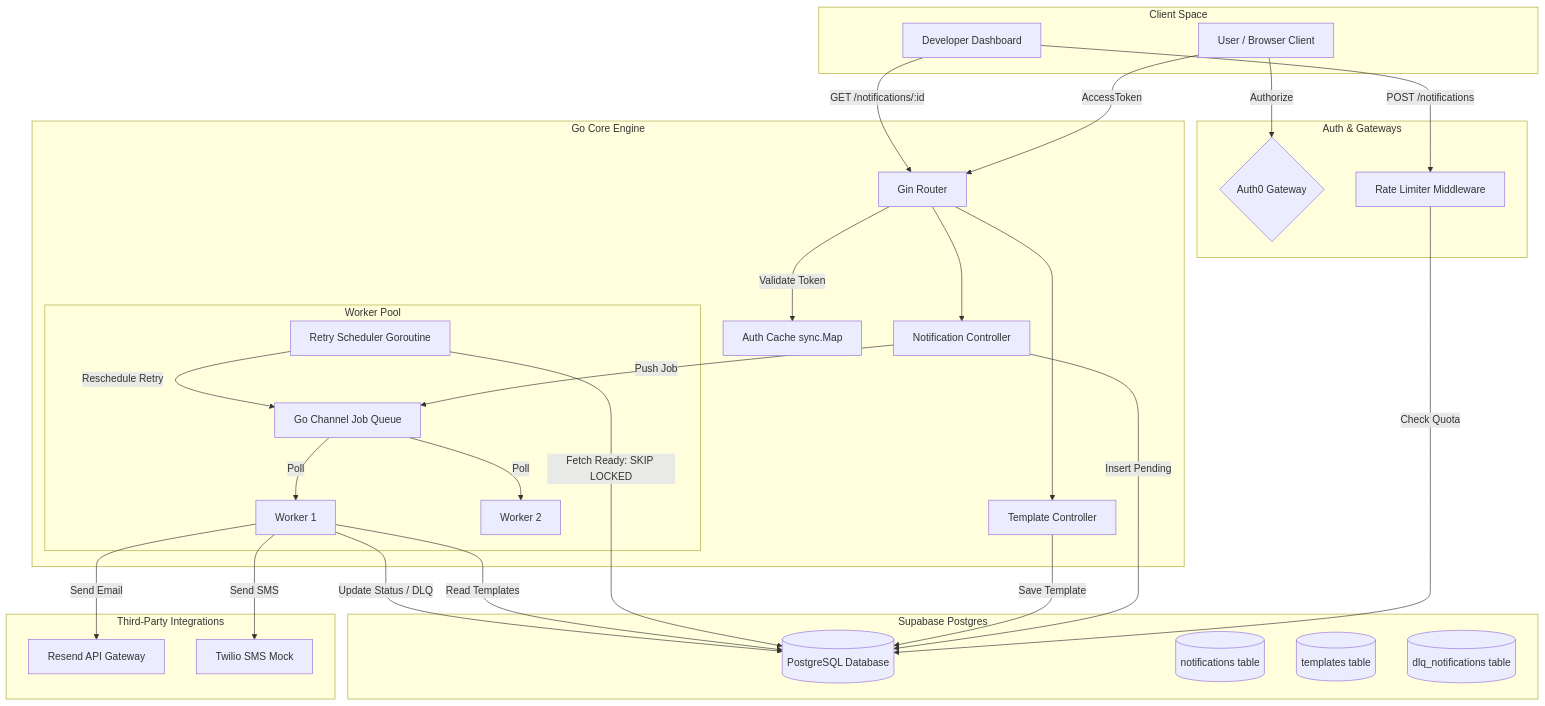
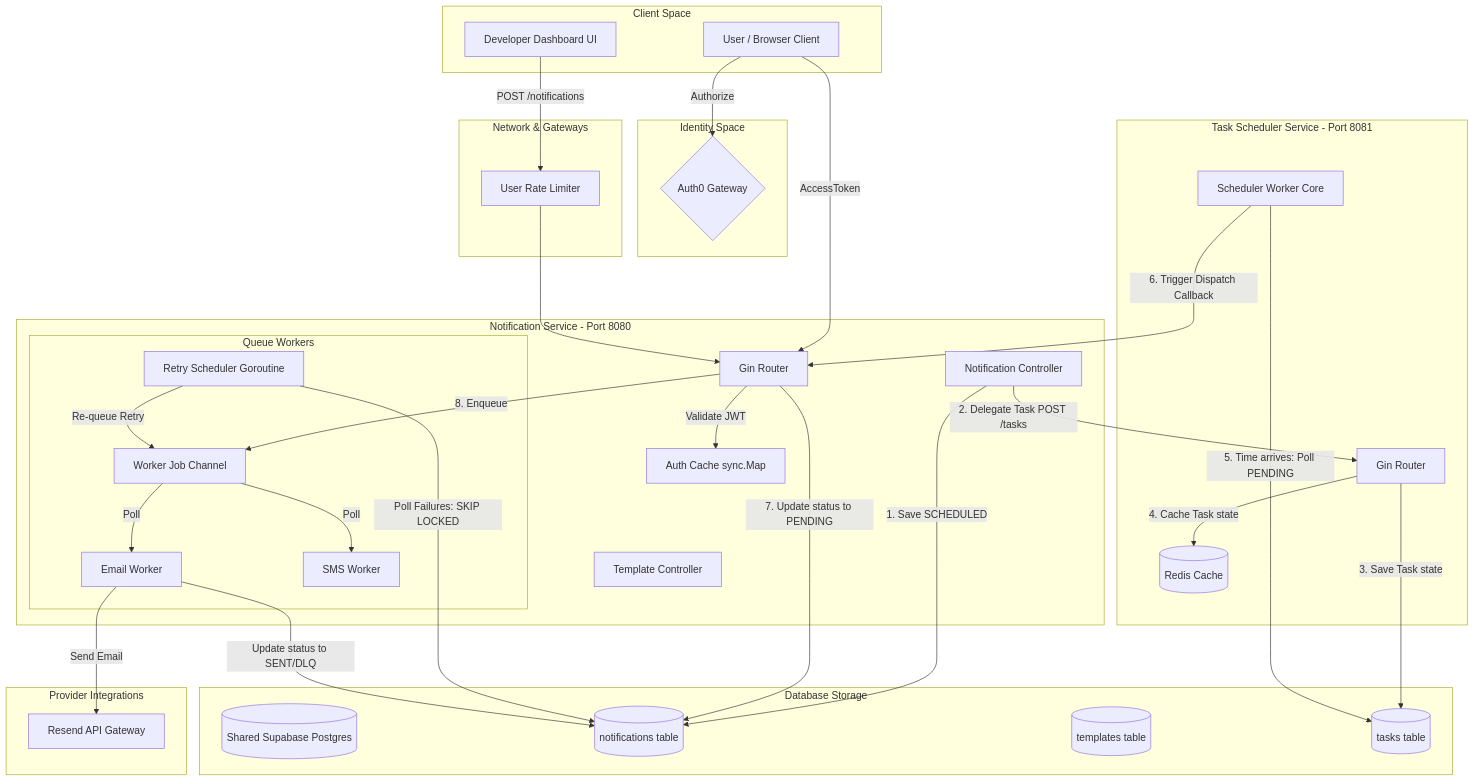
Before and after one commit to Sanjayvelu30/NotificationService: the diagram in README.md, drawn with Mermaid. The commit also changed other lines of this file, not shown here.

Commit message:
docs: update README.md to document monorepo structure and scheduling architecture

````diff
--- a/README.md
+++ b/README.md
@@ -31,67 +27,73 @@
 ```mermaid
 flowchart TD
-    subgraph Client Space
+    subgraph Client Space [Client Space]
         UA[User / Browser Client]
-        DC[Developer Dashboard]
+        DC[Developer Dashboard UI]
     end
 
-    subgraph Auth & Gateways
-        Auth0{Auth0 Gateway}
-        RL[Rate Limiter Middleware]
+    subgraph Auth0 [Identity Space]
+        Auth0Gate{Auth0 Gateway}
     end
 
-    subgraph Application Monolith [Go Core Engine]
-        R[Gin Router]
+    subgraph Net [Network & Gateways]
+        RL[User Rate Limiter]
+    end
+
+    subgraph NotificationMonolith [Notification Service - Port 8080]
+        R_Gin[Gin Router]
         H_Auth[Auth Cache sync.Map]
         H_Notif[Notification Controller]
         H_Temp[Template Controller]
         
-        subgraph Concurrency Queue [Worker Pool]
-            Chan[Go Channel Job Queue]
-            W1[Worker 1]
-            W2[Worker 2]
+        subgraph WorkerPool [Queue Workers]
+            Chan[Worker Job Channel]
+            W1[Email Worker]
+            W2[SMS Worker]
             Sch[Retry Scheduler Goroutine]
         end
     end
 
-    subgraph Storage [Supabase Postgres]
-        DB[(PostgreSQL Database)]
+    subgraph SchedulerMonolith [Task Scheduler Service - Port 8081]
+        R_Sched[Gin Router]
+        S_Controller[Scheduler Worker Core]
+        RedisCache[(Redis Cache)]
+    end
+
+    subgraph Storage [Database Storage]
+        DB[(Shared Supabase Postgres)]
         T_Notif[(notifications table)]
         T_Temp[(templates table)]
-        T_DLQ[(dlq_notifications table)]
+        T_Tasks[(tasks table)]
     end
 
-    subgraph Third-Party Integrations
+    subgraph Delivery [Provider Integrations]
         Resend[Resend API Gateway]
-        Twilio[Twilio SMS Mock]
     end
 
-    %% Client Interactions
-    UA -->|Authorize| Auth0
-    UA -->|AccessToken| R
+    %% Auth validation
+    UA -->|Authorize| Auth0Gate
+    UA -->|AccessToken| R_Gin
     DC -->|POST /notifications| RL
-    DC -->|GET /notifications/:id| R
-    
-    %% Auth Flow
-    R -->|Validate Token| H_Auth
-    RL -->|Check Quota| DB
-    
-    %% Engine Processing
-    R --> H_Notif
-    R --> H_Temp
-    H_Notif -->|Insert Pending| DB
-    H_Notif -->|Push Job| Chan
-    H_Temp -->|Save Template| DB
-    
-    %% Worker Lifecycles
+    RL --> R_Gin
+    R_Gin -->|Validate JWT| H_Auth
+
+    %% Gateway scheduling flow
+    H_Notif -->|1. Save SCHEDULED| T_Notif
+    H_Notif -->|2. Delegate Task POST /tasks| R_Sched
+    R_Sched -->|3. Save Task state| T_Tasks
+    R_Sched -->|4. Cache Task state| RedisCache
+
+    %% Webhook trigger execution
+    S_Controller -->|5. Time arrives: Poll PENDING| T_Tasks
+    S_Controller -->|6. Trigger Dispatch Callback| R_Gin
+    R_Gin -->|7. Update status to PENDING| T_Notif
+    R_Gin -->|8. Enqueue | Chan
+
+    %% Worker Processing
     Chan -->|Poll| W1
     Chan -->|Poll| W2
-    Sch -->|Fetch Ready: SKIP LOCKED| DB
-    Sch -->|Reschedule Retry| Chan
-    
-    %% Executions
-    W1 -->|Read Templates| DB
+    Sch -->|Poll Failures: SKIP LOCKED| T_Notif
+    Sch -->|Re-queue Retry| Chan
     W1 -->|Send Email| Resend
-    W1 -->|Send SMS| Twilio
-    W1 -->|Update Status / DLQ| DB
+    W1 -->|Update status to SENT/DLQ| T_Notif
 ```
````
